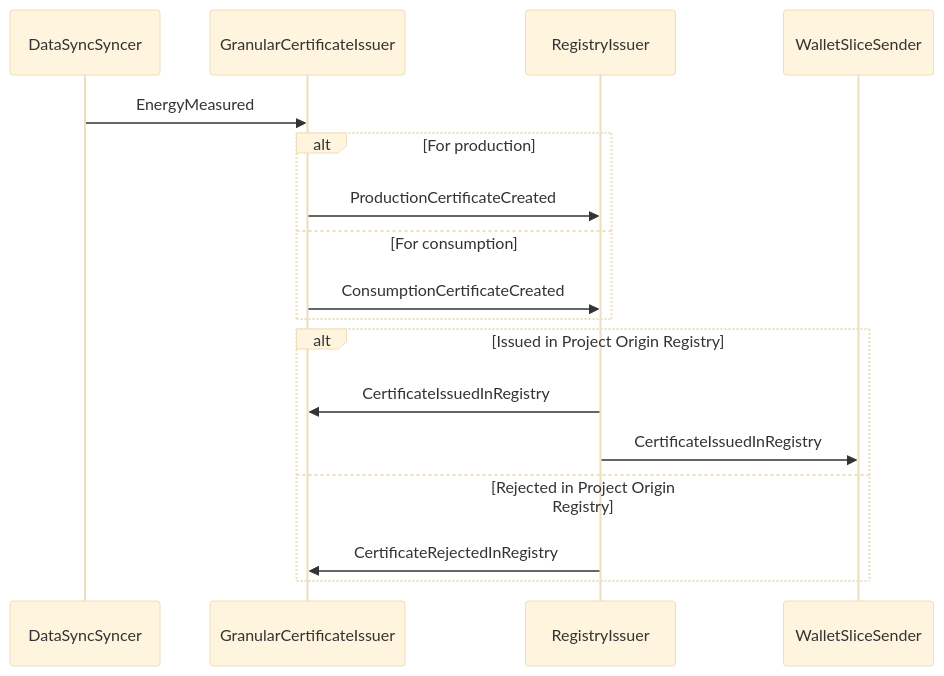
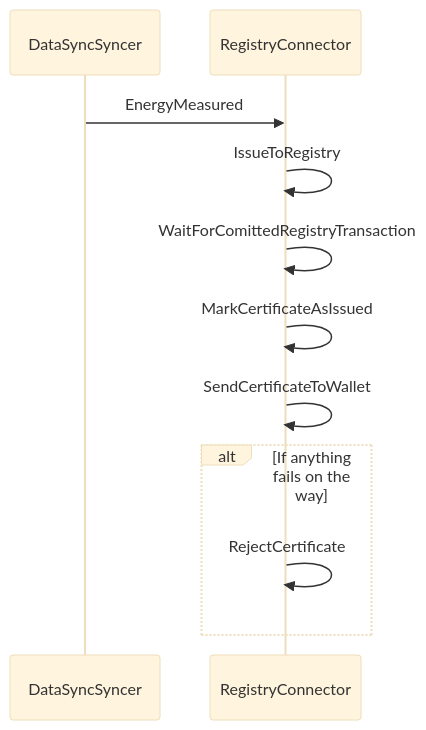
The diagram in doc/architecture/domains/certificates.md (Energinet-DataHub/energy-origin), drawn with Mermaid (base theme) before and after one commit. The commit also changed other lines of this file, not shown here.

Commit message:
Added md docs

````diff
--- a/doc/architecture/domains/certificates.md
+++ b/doc/architecture/domains/certificates.md
@@ -21,20 +23,15 @@
 ```mermaid
 sequenceDiagram
     participant dss as DataSyncSyncer
-    participant gci as GranularCertificateIssuer
-    participant reg as RegistryIssuer
-    participant wal as WalletSliceSender
+    participant rc as RegistryConnector
 
-    dss->>gci: EnergyMeasured
-    alt For production
-        gci->>reg: ProductionCertificateCreated
-    else For consumption
-        gci->>reg: ConsumptionCertificateCreated
-    end
-    alt Issued in Project Origin Registry
-        reg->>gci: CertificateIssuedInRegistry
-        reg->>wal: CertificateIssuedInRegistry
-    else Rejected in Project Origin Registry
-        reg->>gci: CertificateRejectedInRegistry
+    dss->>rc: EnergyMeasured
+    rc->>rc: IssueToRegistry
+    rc->>rc: WaitForComittedRegistryTransaction
+    rc->>rc: MarkCertificateAsIssued
+    rc->>rc: SendCertificateToWallet
+
+    alt If anything fails on the way
+        rc->>rc: RejectCertificate
     end
 ```
````
